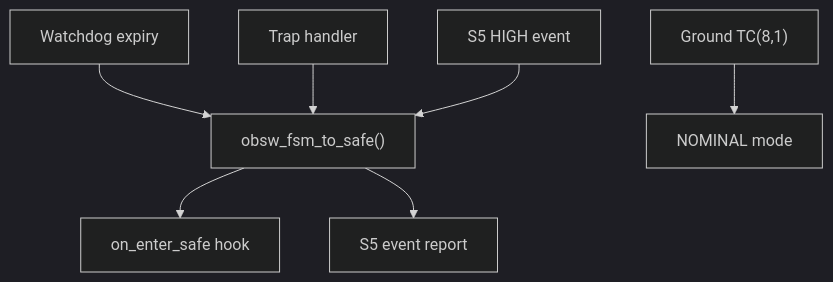
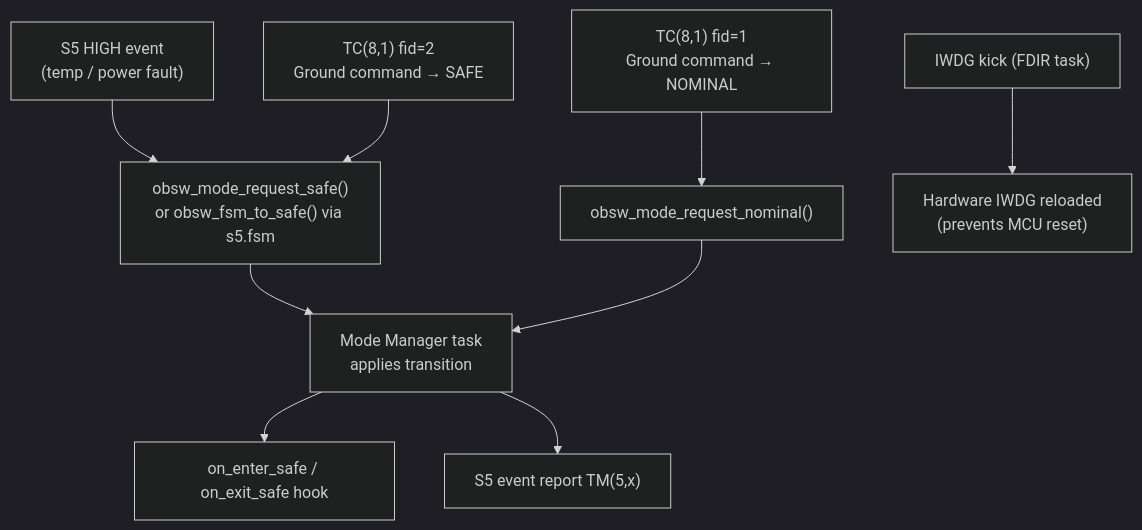
Before and after one commit to lipofefeyt/openobsw: the third of 4 diagrams in docs/architecture.md, drawn with Mermaid (dark theme). The commit also changed other lines of this file and 2 other files, not shown here.

````diff
--- a/docs/architecture.md
+++ b/docs/architecture.md
@@ -360,15 +403,18 @@
 ```mermaid
 flowchart TD
-    WD["Watchdog expiry"]
-    TRAP["Trap handler"]
-    S5["S5 HIGH event"]
+    WD["IWDG kick (FDIR task)"]
+    S5HIGH["S5 HIGH event\n(temp / power fault)"]
+    TC81_1["TC(8,1) fid=2\nGround command → SAFE"]
+    TC81_2["TC(8,1) fid=1\nGround command → NOMINAL"]
 
-    WD   --> SAFE["obsw_fsm_to_safe()"]
-    TRAP --> SAFE
-    S5   --> SAFE
+    S5HIGH --> SAFERQ["obsw_mode_request_safe()\nor obsw_fsm_to_safe() via s5.fsm"]
+    TC81_1 --> SAFERQ
+    SAFERQ --> MM["Mode Manager task\napplies transition"]
+    MM --> HOOK["on_enter_safe / on_exit_safe hook"]
+    MM --> TM["S5 event report TM(5,x)"]
 
-    SAFE --> HOOK["on_enter_safe hook"]
-    SAFE --> TM["S5 event report"]
+    TC81_2 --> NOMRQ["obsw_mode_request_nominal()"]
+    NOMRQ --> MM
 
-    RECOVER["Ground TC(8,1)"] --> NOM["NOMINAL mode"]
+    WD --> IWDG["Hardware IWDG reloaded\n(prevents MCU reset)"]
 ```
````
